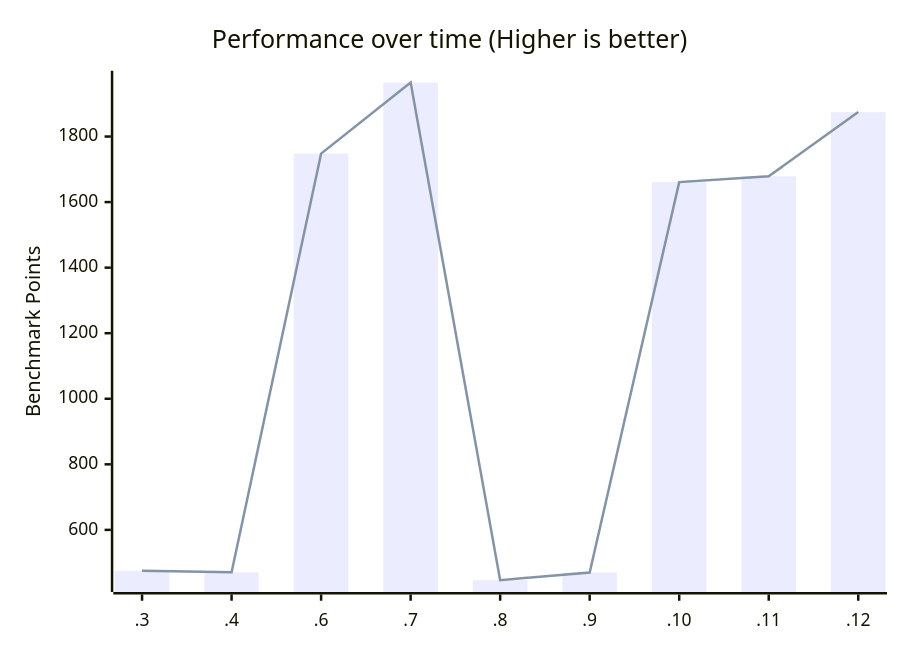
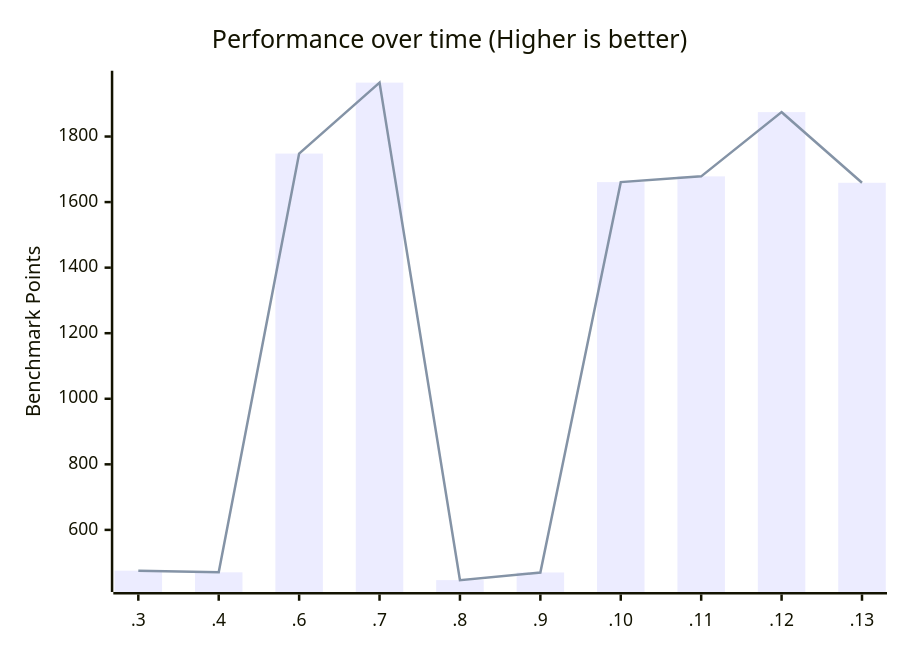
The second of 2 diagrams in docs/performance.md (zen-browser/desktop), drawn with Mermaid before and after one commit. The commit also changed other lines of this file, not shown here.

````diff
--- a/docs/performance.md
+++ b/docs/performance.md
@@ -56,8 +57,8 @@
 ```mermaid
 xychart-beta
     title "Performance over time (Higher is better)"
-    x-axis [.3, .4, .6, .7, .8, .9, .10, .11, .12]
+    x-axis [.3, .4, .6, .7, .8, .9, .10, .11, .12, .13]
     y-axis "Benchmark Points"
-    bar [475.52, 470.49, 1747.98, 1964.43, 446.74, 470, 1660.89, 1678.49, 1874.49]
-    line [475.52, 470.49, 1747.98, 1964.43, 446.74, 470, 1660.89, 1678.49, 1874.49]
+    bar [475.52, 470.49, 1747.98, 1964.43, 446.74, 470, 1660.89, 1678.49, 1874.49, 1658.87 ]
+    line [475.52, 470.49, 1747.98, 1964.43, 446.74, 470, 1660.89, 1678.49, 1874.49, 1658.87 ]
 ```
````
